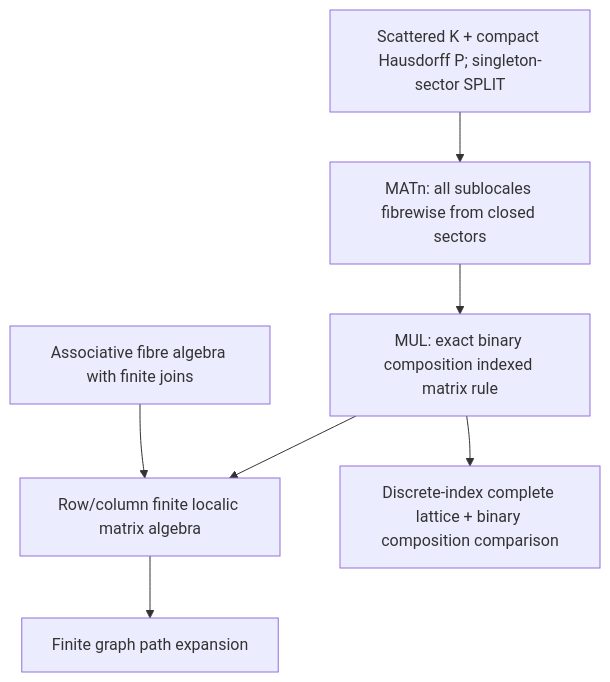
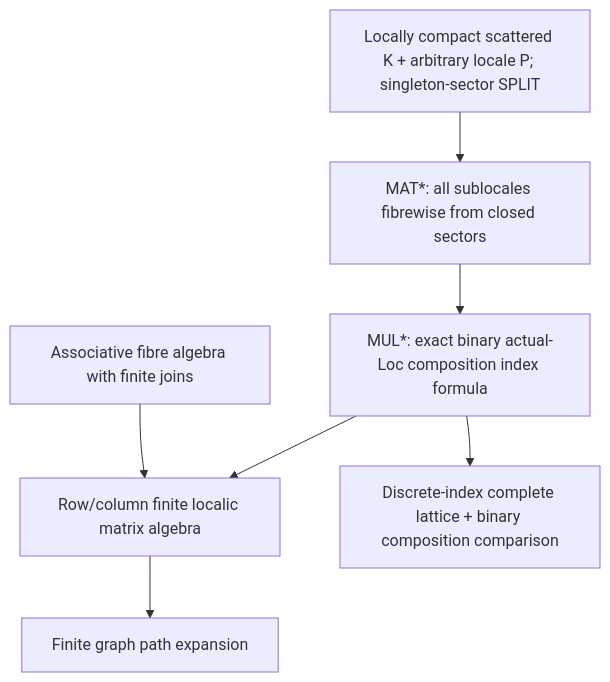
Before and after one commit to mkkinyon/locales: the fifth of 6 diagrams in ProjectA_ENDGAME_PROOF_DEPENDENCY_ATLAS_2026-11-21.md, drawn with Mermaid. The commit also changed other lines of this file, not shown here.

Commit message:
Update dependency atlas to independently audited arbitrary-parameter MAT*/MUL*/FINMAT* and adopted synthesis

````diff
--- a/ProjectA_ENDGAME_PROOF_DEPENDENCY_ATLAS_2026-11-21.md
+++ b/ProjectA_ENDGAME_PROOF_DEPENDENCY_ATLAS_2026-11-21.md
@@ -80,9 +82,9 @@
 ```mermaid
 flowchart TD
- S["Scattered K + compact Hausdorff P; singleton-sector SPLIT"] --> MAT["MATn: all sublocales fibrewise from closed sectors"]
- MAT --> MUL["MUL: exact binary composition indexed matrix rule"]
+ S["Locally compact scattered K + arbitrary locale P; singleton-sector SPLIT"] --> MAT["MAT*: all sublocales fibrewise from closed sectors"]
+ MAT --> MUL["MUL*: exact binary actual-Loc composition index formula"]
  A["Associative fibre algebra with finite joins"] --> FIN["Row/column finite localic matrix algebra"]
  MUL --> FIN
  FIN --> PATH["Finite graph path expansion"]
  MUL --> DISC["Discrete-index complete lattice + binary composition comparison"]
 ```
````
